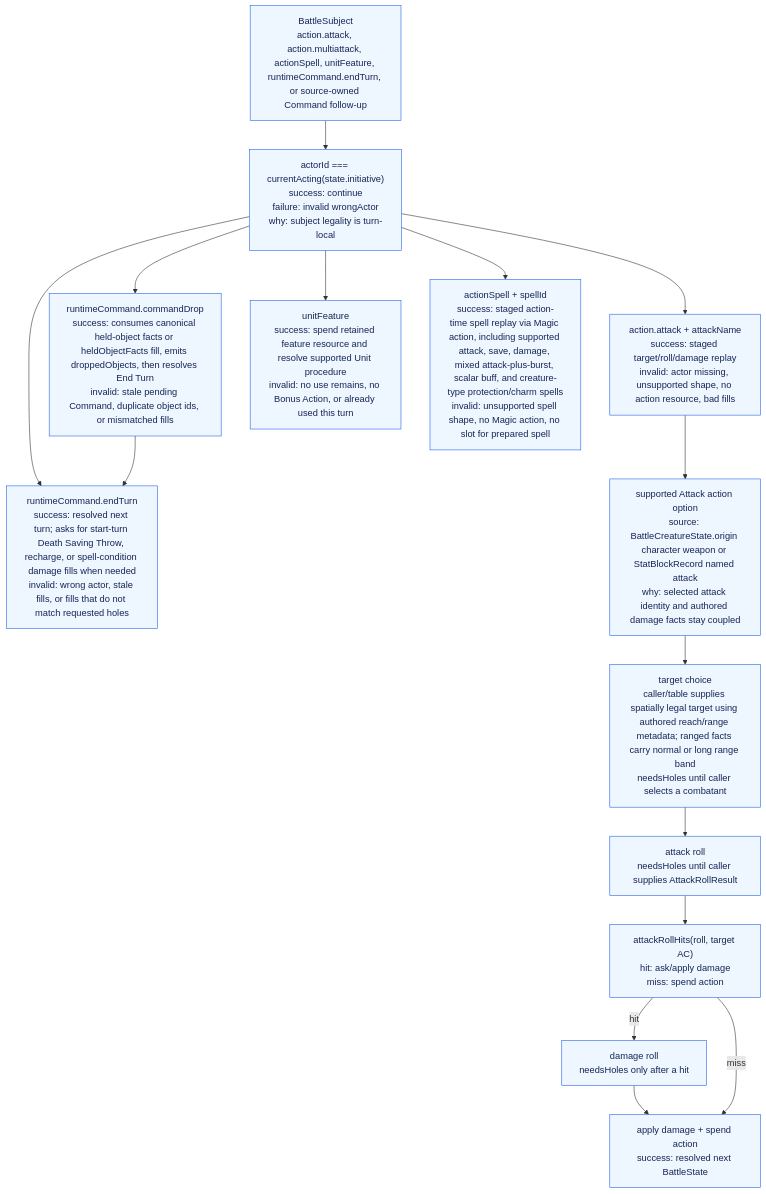
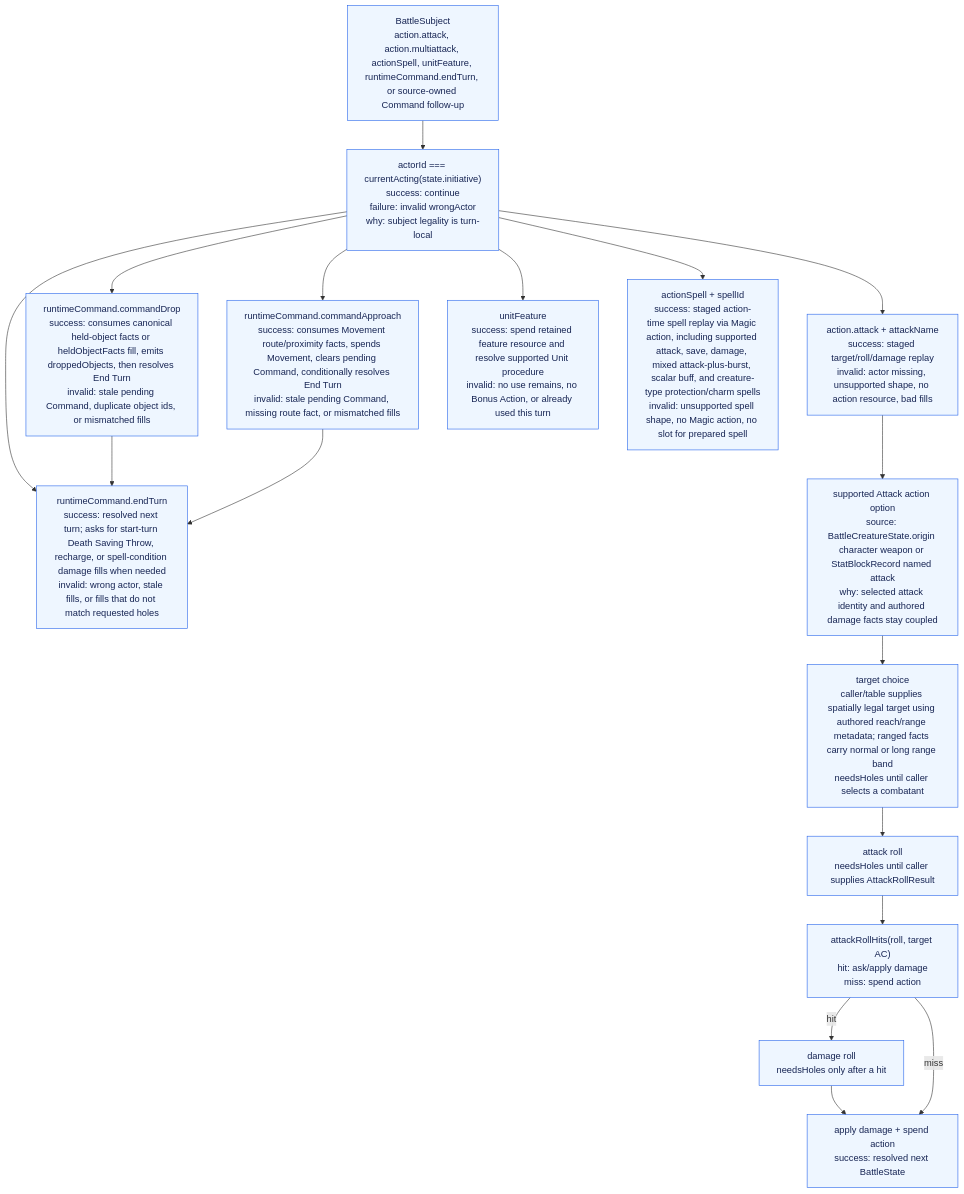
Before and after one commit to dearlordylord/5e-quint: the second of 2 diagrams in packages/battle-runtime/ARCHITECTURE_GRAPH.md, drawn with Mermaid. The commit also changed other lines of this file and 19 other files, not shown here.

Commit message:
Promote Command Approach route runtime

````diff
--- a/packages/battle-runtime/ARCHITECTURE_GRAPH.md
+++ b/packages/battle-runtime/ARCHITECTURE_GRAPH.md
@@ -108,28 +110,30 @@
 ```mermaid
 flowchart TD
   Subject["BattleSubject<br/>action.attack, action.multiattack, actionSpell, unitFeature, runtimeCommand.endTurn, or source-owned Command follow-up"]
   CurrentActor["actorId === currentActing(state.initiative)<br/>success: continue<br/>failure: invalid wrongActor<br/>why: subject legality is turn-local"]
   EndTurn["runtimeCommand.endTurn<br/>success: resolved next turn; asks for start-turn Death Saving Throw, recharge, or spell-condition damage fills when needed<br/>invalid: wrong actor, stale fills, or fills that do not match requested holes"]
   CommandDrop["runtimeCommand.commandDrop<br/>success: consumes canonical held-object facts or heldObjectFacts fill, emits droppedObjects, then resolves End Turn<br/>invalid: stale pending Command, duplicate object ids, or mismatched fills"]
+  CommandApproach["runtimeCommand.commandApproach<br/>success: consumes Movement route/proximity facts, spends Movement, clears pending Command, conditionally resolves End Turn<br/>invalid: stale pending Command, missing route fact, or mismatched fills"]
   Attack["action.attack + attackName<br/>success: staged target/roll/damage replay<br/>invalid: actor missing, unsupported shape, no action resource, bad fills"]
   UnitFeature["unitFeature<br/>success: spend retained feature resource and resolve supported Unit procedure<br/>invalid: no use remains, no Bonus Action, or already used this turn"]
   Magic["actionSpell + spellId<br/>success: staged action-time spell replay via Magic action, including supported attack, save, damage, mixed attack-plus-burst, scalar buff, and creature-type protection/charm spells<br/>invalid: unsupported spell shape, no Magic action, no slot for prepared spell"]
   AttackOption["supported Attack action option<br/>source: BattleCreatureState.origin character weapon or StatBlockRecord named attack<br/>why: selected attack identity and authored damage facts stay coupled"]
   Target["target choice<br/>caller/table supplies spatially legal target using authored reach/range metadata; ranged facts carry normal or long range band<br/>needsHoles until caller selects a combatant"]
   Roll["attack roll<br/>needsHoles until caller supplies AttackRollResult"]
   HitCheck["attackRollHits(roll, target AC)<br/>hit: ask/apply damage<br/>miss: spend action"]
   DamageHole["damage roll<br/>needsHoles only after a hit"]
   Apply["apply damage + spend action<br/>success: resolved next BattleState"]
 
   Subject --> CurrentActor
   CurrentActor --> EndTurn
   CurrentActor --> CommandDrop --> EndTurn
+  CurrentActor --> CommandApproach --> EndTurn
   CurrentActor --> Attack --> AttackOption --> Target --> Roll --> HitCheck
   CurrentActor --> UnitFeature
   CurrentActor --> Magic
   HitCheck -->|hit| DamageHole --> Apply
   HitCheck -->|miss| Apply
 
   classDef implemented fill:#eef6ff,stroke:#2563eb,color:#172554;
-  class Subject,CurrentActor,EndTurn,CommandDrop,Attack,UnitFeature,Magic,AttackOption,Target,Roll,HitCheck,DamageHole,Apply implemented;
+  class Subject,CurrentActor,EndTurn,CommandDrop,CommandApproach,Attack,UnitFeature,Magic,AttackOption,Target,Roll,HitCheck,DamageHole,Apply implemented;
 ```
````
